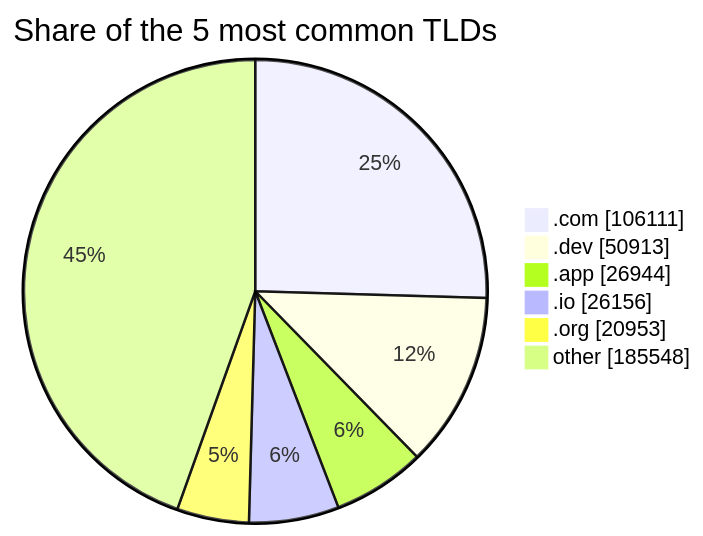
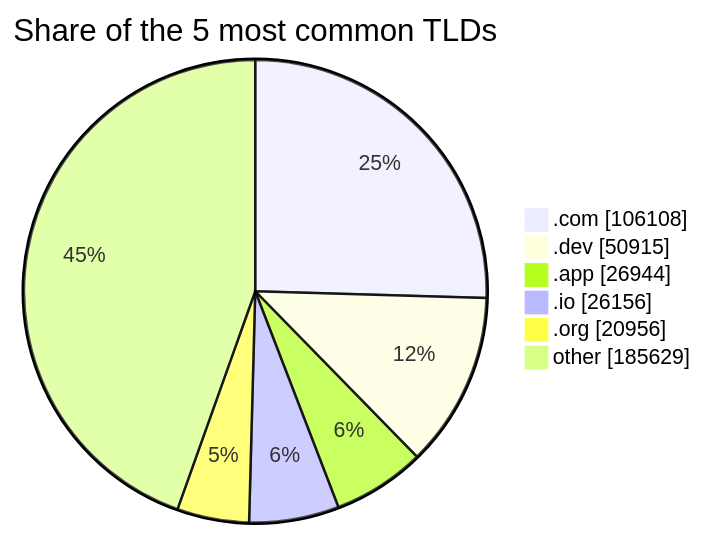
The third of 3 diagrams in README.md (DNSBunker/CTI), drawn with Mermaid before and after one commit. The commit also changed other lines of this file and 3 other files, not shown here.

````diff
--- a/README.md
+++ b/README.md
@@ -81,9 +81,9 @@
 ```mermaid
 pie showData title Share of the 5 most common TLDs
-    ".com" : 106111
-    ".dev" : 50913
+    ".com" : 106108
+    ".dev" : 50915
     ".app" : 26944
     ".io" : 26156
-    ".org" : 20953
-    "other" : 185548
+    ".org" : 20956
+    "other" : 185629
 ```
````
